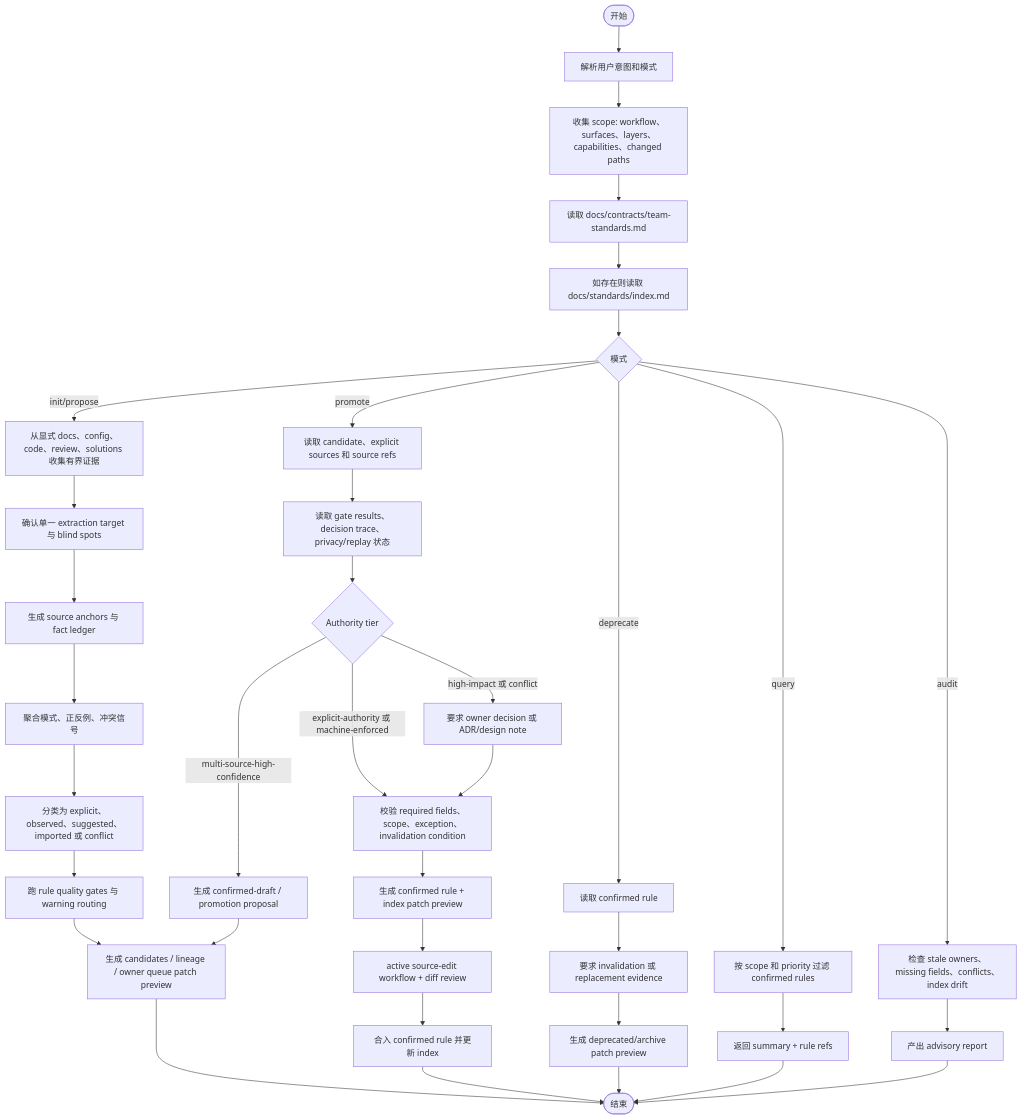
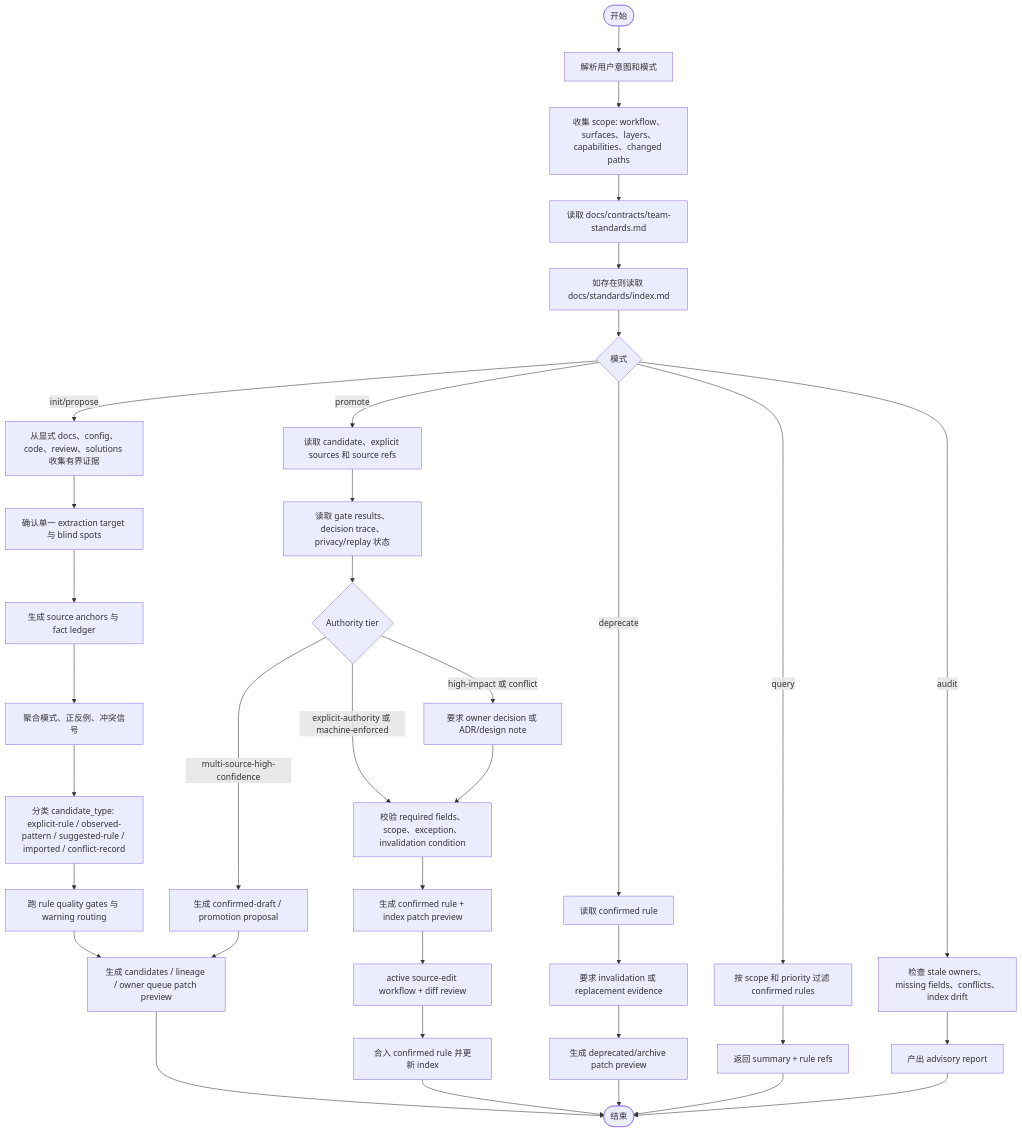
One commit to ajiao7240/spec-first changed the fifth of 7 diagrams in docs/plans/2026-06-21-004-feat-team-standards-governance-layer-plan.md. Above: the diagram before and after it, drawn with Mermaid. The commit also changed other lines of this file and 17 other files, not shown here.

````diff
--- a/docs/plans/2026-06-21-004-feat-team-standards-governance-layer-plan.md
+++ b/docs/plans/2026-06-21-004-feat-team-standards-governance-layer-plan.md
@@ -1058,44 +1133,44 @@
 ```mermaid
 flowchart TD
   Start([开始]) --> Parse[解析用户意图和模式]
   Parse --> Scope[收集 scope: workflow、surfaces、layers、capabilities、changed paths]
   Scope --> Contract[读取 docs/contracts/team-standards.md]
   Contract --> Index[如存在则读取 docs/standards/index.md]
   Index --> Mode{模式}
 
   Mode -->|query| Filter[按 scope 和 priority 过滤 confirmed rules]
   Filter --> Summary[返回 summary + rule refs]
 
   Mode -->|init/propose| Evidence[从显式 docs、config、code、review、solutions 收集有界证据]
   Evidence --> Profile[确认单一 extraction target 与 blind spots]
   Profile --> Facts[生成 source anchors 与 fact ledger]
   Facts --> Patterns[聚合模式、正反例、冲突信号]
-  Patterns --> Classify[分类为 explicit、observed、suggested、imported 或 conflict]
+  Patterns --> Classify[分类 candidate_type: explicit-rule / observed-pattern / suggested-rule / imported / conflict-record]
   Classify --> Gates[跑 rule quality gates 与 warning routing]
   Gates --> Candidate[生成 candidates / lineage / owner queue patch preview]
 
   Mode -->|promote| CandidateRead[读取 candidate、explicit sources 和 source refs]
   CandidateRead --> GateReview[读取 gate results、decision trace、privacy/replay 状态]
   GateReview --> Tier{Authority tier}
   Tier -->|explicit-authority 或 machine-enforced| Validate[校验 required fields、scope、exception、invalidation condition]
   Tier -->|multi-source-high-confidence| Draft[生成 confirmed-draft / promotion proposal]
   Tier -->|high-impact 或 conflict| Owner[要求 owner decision 或 ADR/design note]
   Owner --> Validate
   Validate --> Patch[生成 confirmed rule + index patch preview]
   Patch --> Review[active source-edit workflow + diff review]
   Review --> Confirmed[合入 confirmed rule 并更新 index]
   Draft --> Candidate
 
   Mode -->|deprecate| RuleRead[读取 confirmed rule]
   RuleRead --> DepReason[要求 invalidation 或 replacement evidence]
   DepReason --> Deprecated[生成 deprecated/archive patch preview]
 
   Mode -->|audit| Audit[检查 stale owners、missing fields、conflicts、index drift]
   Audit --> Report[产出 advisory report]
 
   Candidate --> End([结束])
   Confirmed --> End
   Deprecated --> End
   Summary --> End
   Report --> End
 ```
````
